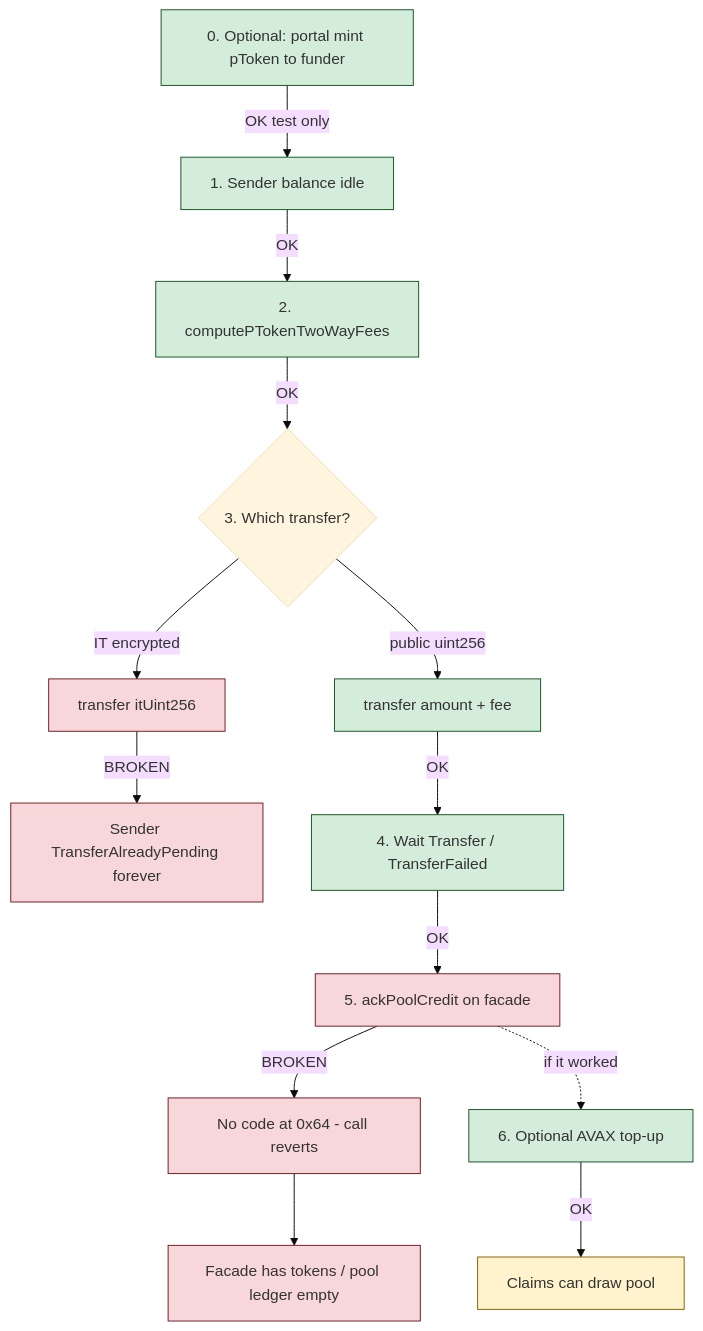
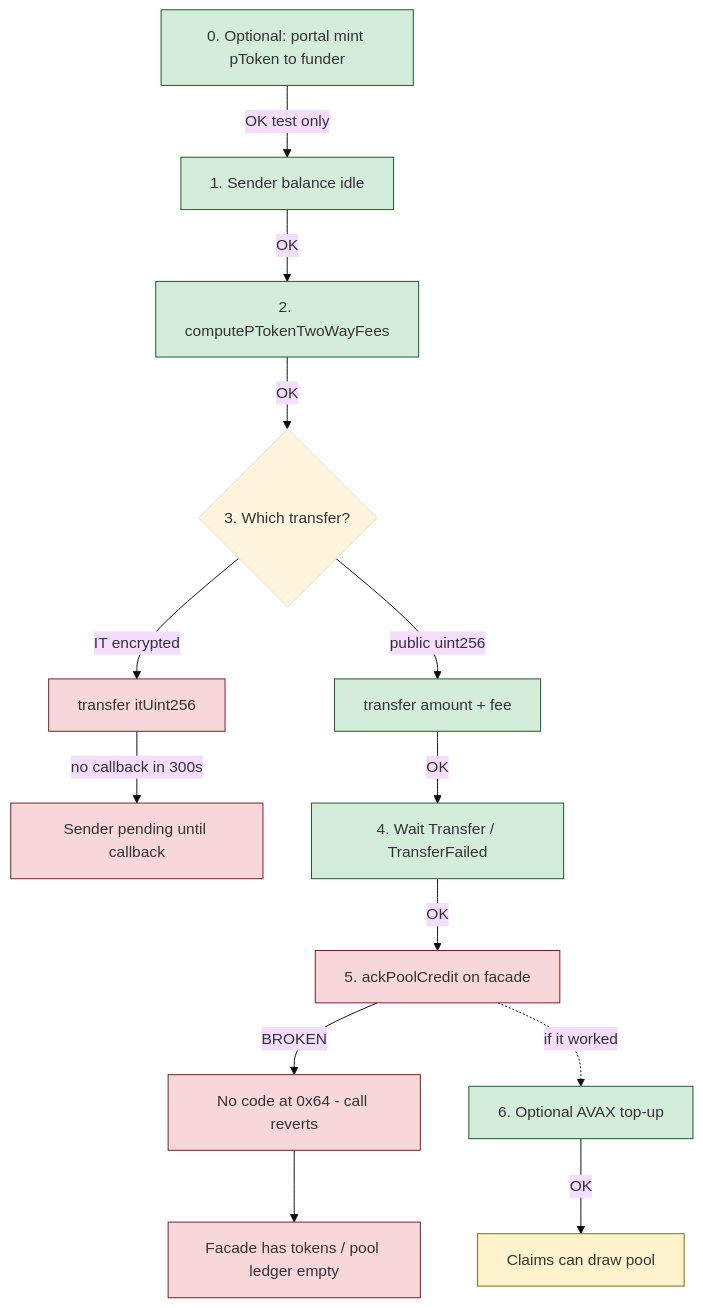
The fourth of 6 diagrams in ui/docs/fundCampaign.md (cotitech-io/hrpayroll-ui), drawn with Mermaid (base theme) before and after one commit. The commit also changed other lines of this file and 1 other file, not shown here.

First line of the commit message:
Document live IT transfer retest: submit OK, no callback in 300s

````diff
--- a/ui/docs/fundCampaign.md
+++ b/ui/docs/fundCampaign.md
@@ -210,28 +231,28 @@
 ```mermaid
 flowchart TD
   A[0. Optional: portal mint pToken to funder] -->|OK test only| B[1. Sender balance idle]
   B -->|OK| C[2. computePTokenTwoWayFees]
   C -->|OK| D{3. Which transfer?}
   D -->|IT encrypted| E[transfer itUint256]
   D -->|public uint256| F[transfer amount + fee]
-  E -->|BROKEN| Stuck[Sender TransferAlreadyPending forever]
+  E -->|no callback in 300s| Stuck[Sender pending until callback]
   F -->|OK| G[4. Wait Transfer / TransferFailed]
   G -->|OK| H[5. ackPoolCredit on facade]
   H -->|BROKEN| I[No code at 0x64 - call reverts]
   I --> J[Facade has tokens / pool ledger empty]
   H -.->|if it worked| K[6. Optional AVAX top-up]
   K -->|OK| L[Claims can draw pool]
 
   style E fill:#f8d7da,stroke:#721c24
   style Stuck fill:#f8d7da,stroke:#721c24
   style H fill:#f8d7da,stroke:#721c24
   style I fill:#f8d7da,stroke:#721c24
   style J fill:#f8d7da,stroke:#721c24
   style A fill:#d4edda,stroke:#155724
   style B fill:#d4edda,stroke:#155724
   style C fill:#d4edda,stroke:#155724
   style F fill:#d4edda,stroke:#155724
   style G fill:#d4edda,stroke:#155724
   style K fill:#d4edda,stroke:#155724
   style L fill:#fff3cd,stroke:#856404
 ```
````
